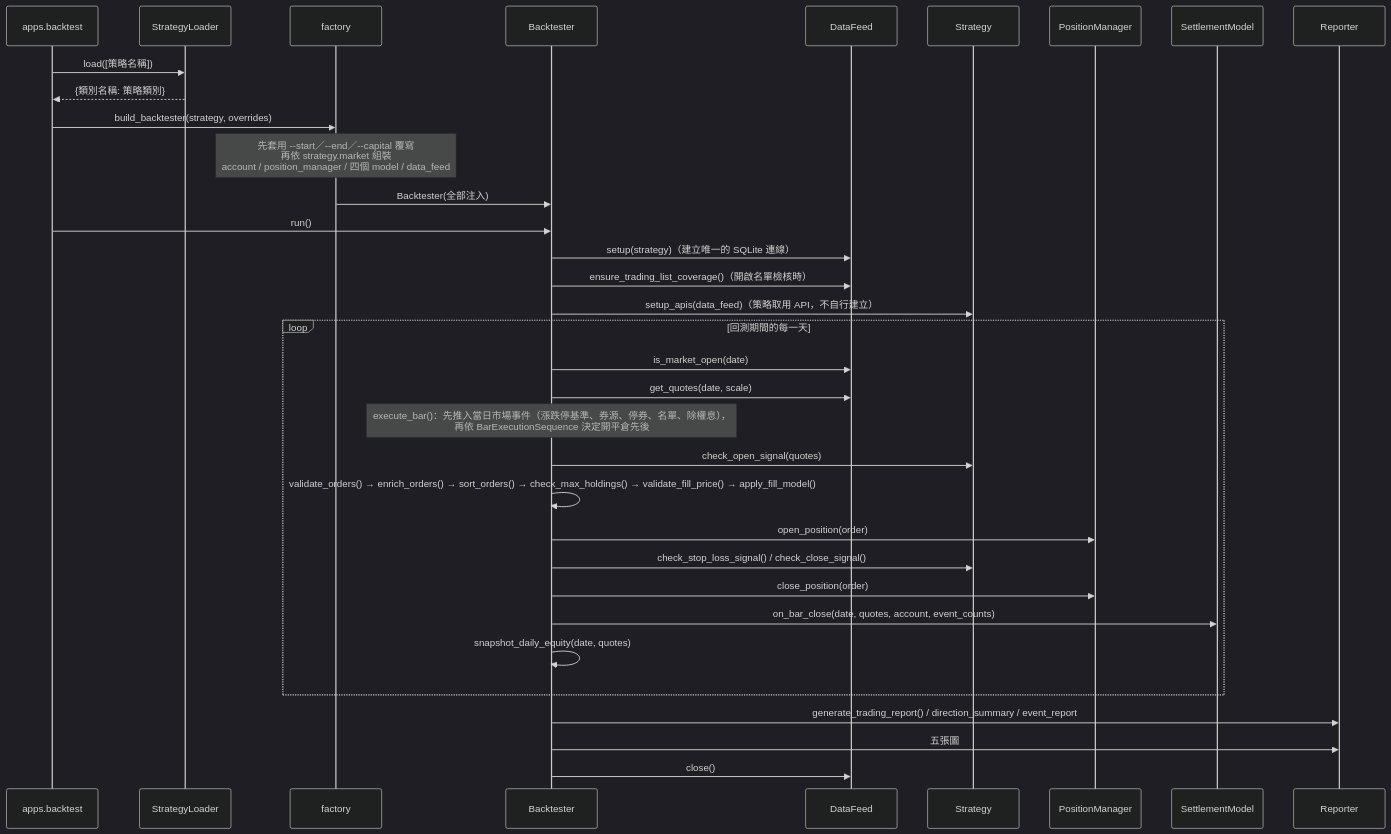
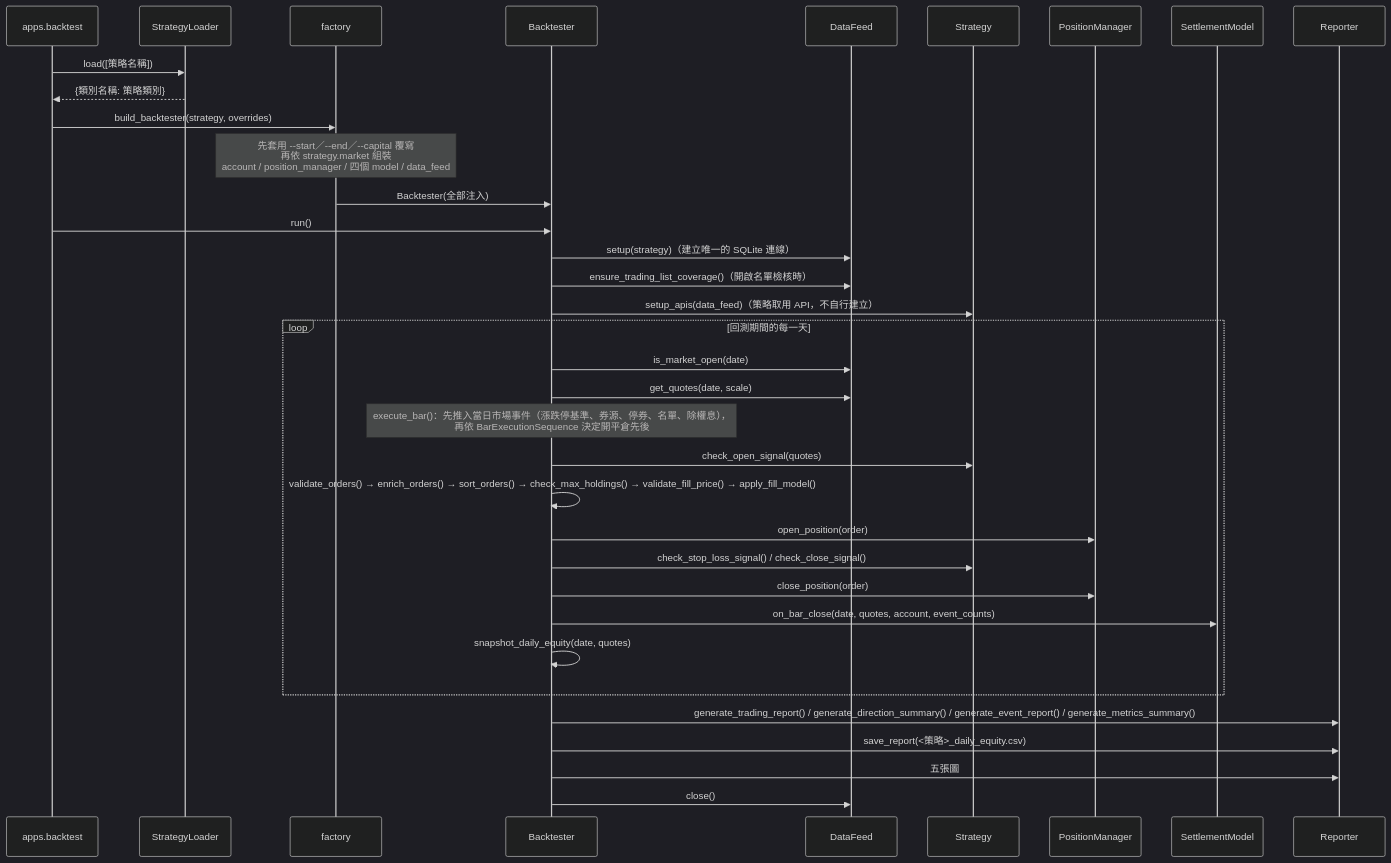
Before and after one commit to NYFund/alphaedge: the diagram in docs/backtest/module-map.md, drawn with Mermaid (dark theme). The commit also changed other lines of this file and 22 other files, not shown here.

````diff
--- a/docs/backtest/module-map.md
+++ b/docs/backtest/module-map.md
@@ -65,40 +65,41 @@
 ```mermaid
 sequenceDiagram
     participant CLI as apps.backtest
     participant Loader as StrategyLoader
     participant F as factory
     participant BT as Backtester
     participant Feed as DataFeed
     participant S as Strategy
     participant PM as PositionManager
     participant SM as SettlementModel
     participant R as Reporter
 
     CLI->>Loader: load([策略名稱])
     Loader-->>CLI: {類別名稱: 策略類別}
     CLI->>F: build_backtester(strategy, overrides)
 
     Note over F: 先套用 --start／--end／--capital 覆寫<br/>再依 strategy.market 組裝<br/>account / position_manager / 四個 model / data_feed
     F->>BT: Backtester(全部注入)
     CLI->>BT: run()
     BT->>Feed: setup(strategy)（建立唯一的 SQLite 連線）
     BT->>Feed: ensure_trading_list_coverage()（開啟名單檢核時）
     BT->>S: setup_apis(data_feed)（策略取用 API，不自行建立）
 
     loop 回測期間的每一天
         BT->>Feed: is_market_open(date)
         BT->>Feed: get_quotes(date, scale)
         Note over BT: execute_bar()：先推入當日市場事件（漲跌停基準、券源、停券、名單、除權息），<br/>再依 BarExecutionSequence 決定開平倉先後
         BT->>S: check_open_signal(quotes)
         BT->>BT: validate_orders() → enrich_orders() → sort_orders() → check_max_holdings() → validate_fill_price() → apply_fill_model()
         BT->>PM: open_position(order)
         BT->>S: check_stop_loss_signal() / check_close_signal()
         BT->>PM: close_position(order)
         BT->>SM: on_bar_close(date, quotes, account, event_counts)
         BT->>BT: snapshot_daily_equity(date, quotes)
     end
 
-    BT->>R: generate_trading_report() / direction_summary / event_report
+    BT->>R: generate_trading_report() / generate_direction_summary() / generate_event_report() / generate_metrics_summary()
+    BT->>R: save_report(<策略>_daily_equity.csv)
     BT->>R: 五張圖
     BT->>Feed: close()
 ```
````
